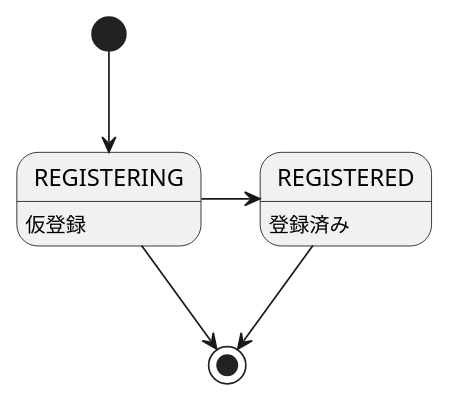
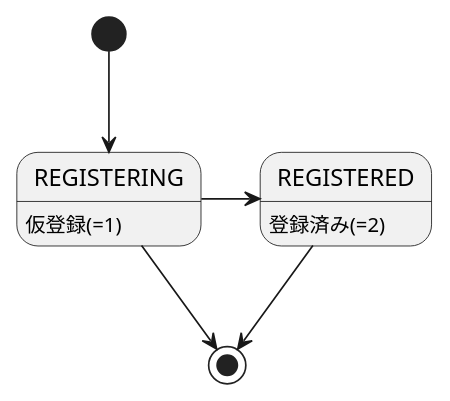
Before and after one commit to sky0621/familiagildo: the diagram in design/state/task/state-guildStatus.puml, drawn with PlantUML. The commit also changed 7 other files, not shown here.

```diff
--- a/design/state/task/state-guildStatus.puml
+++ b/design/state/task/state-guildStatus.puml
@@ -1,11 +1,11 @@
 @startuml
 
 [*] --> REGISTERING
 REGISTERING --> [*]
-REGISTERING : 仮登録
+REGISTERING : 仮登録(=1)
 
 REGISTERING -> REGISTERED
 REGISTERED --> [*]
-REGISTERED : 登録済み
+REGISTERED : 登録済み(=2)
 
 @enduml
```
